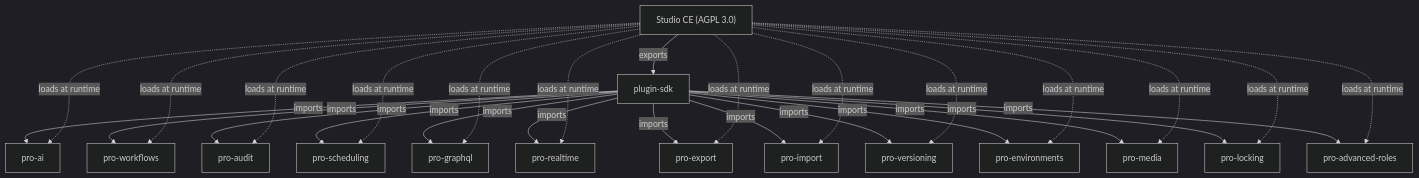
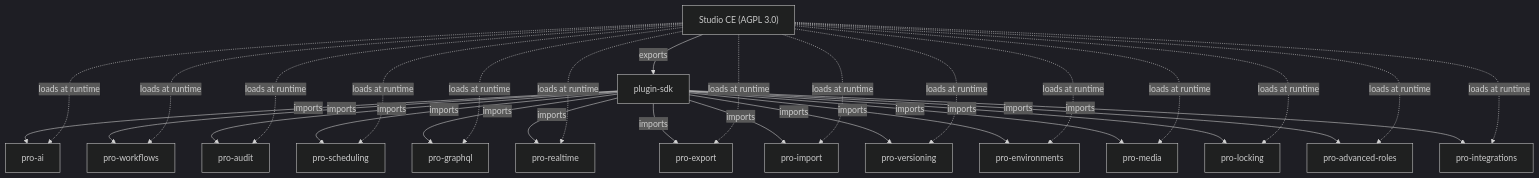
Before and after one commit to roadbeat-studio/documentationai-Docs: the diagram in plugins/overview.mdx, drawn with Mermaid (dark theme). The commit also changed other lines of this file and 2 other files, not shown here.

Commit message:
docs(plugins): document the Integration Hub Pro plugin
Add pro-integrations to the Pro-plugins overview table + architecture graph,
a new "Automation and Integrations" CE-vs-Pro comparison section, and an
editor-facing changelog entry. Full plugin docs live in studio-pro-docs.

````diff
--- a/plugins/overview.mdx
+++ b/plugins/overview.mdx
@@ -10,32 +10,34 @@
 ```mermaid
 graph TD
     CE["Studio CE (AGPL 3.0)"]
     SDK["plugin-sdk"]
     CE -->|exports| SDK
     SDK -->|imports| AI["pro-ai"]
     SDK -->|imports| WF["pro-workflows"]
     SDK -->|imports| AU["pro-audit"]
     SDK -->|imports| SC["pro-scheduling"]
     SDK -->|imports| GQ["pro-graphql"]
     SDK -->|imports| RT["pro-realtime"]
     SDK -->|imports| EX["pro-export"]
     SDK -->|imports| IM["pro-import"]
     SDK -->|imports| VR["pro-versioning"]
     SDK -->|imports| EN["pro-environments"]
     SDK -->|imports| MD["pro-media"]
     SDK -->|imports| LK["pro-locking"]
     SDK -->|imports| AR["pro-advanced-roles"]
+    SDK -->|imports| IH["pro-integrations"]
     CE -.->|loads at runtime| AI
     CE -.->|loads at runtime| WF
     CE -.->|loads at runtime| AU
     CE -.->|loads at runtime| SC
     CE -.->|loads at runtime| GQ
     CE -.->|loads at runtime| RT
     CE -.->|loads at runtime| EX
     CE -.->|loads at runtime| IM
     CE -.->|loads at runtime| VR
     CE -.->|loads at runtime| EN
     CE -.->|loads at runtime| MD
     CE -.->|loads at runtime| LK
     CE -.->|loads at runtime| AR
+    CE -.->|loads at runtime| IH
 ```
````
